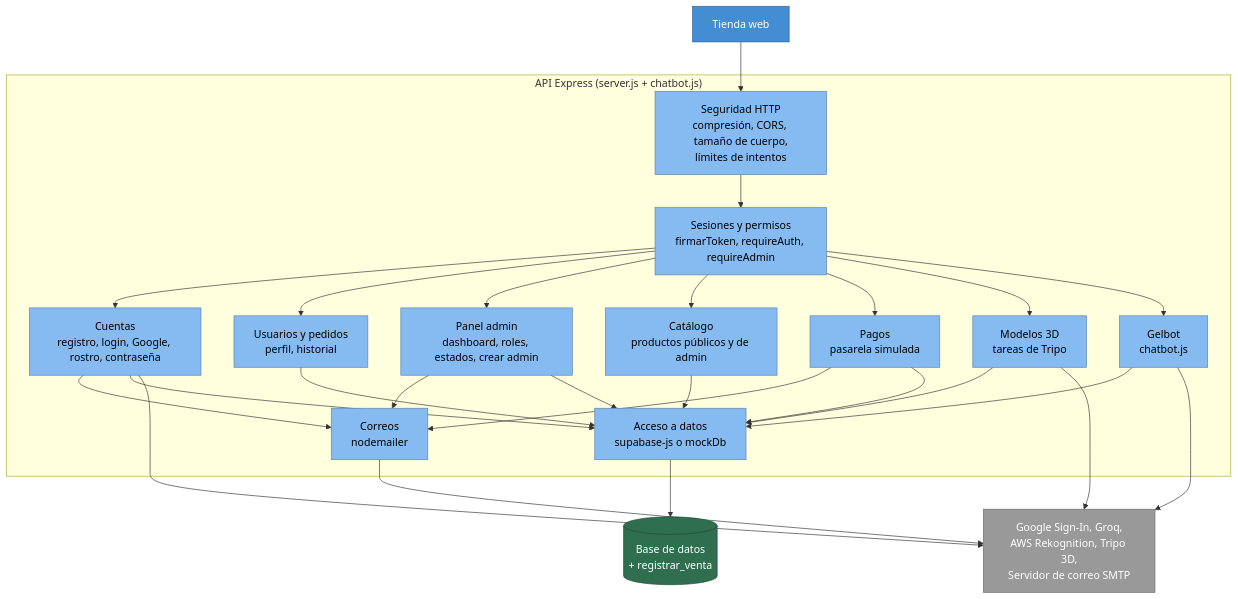
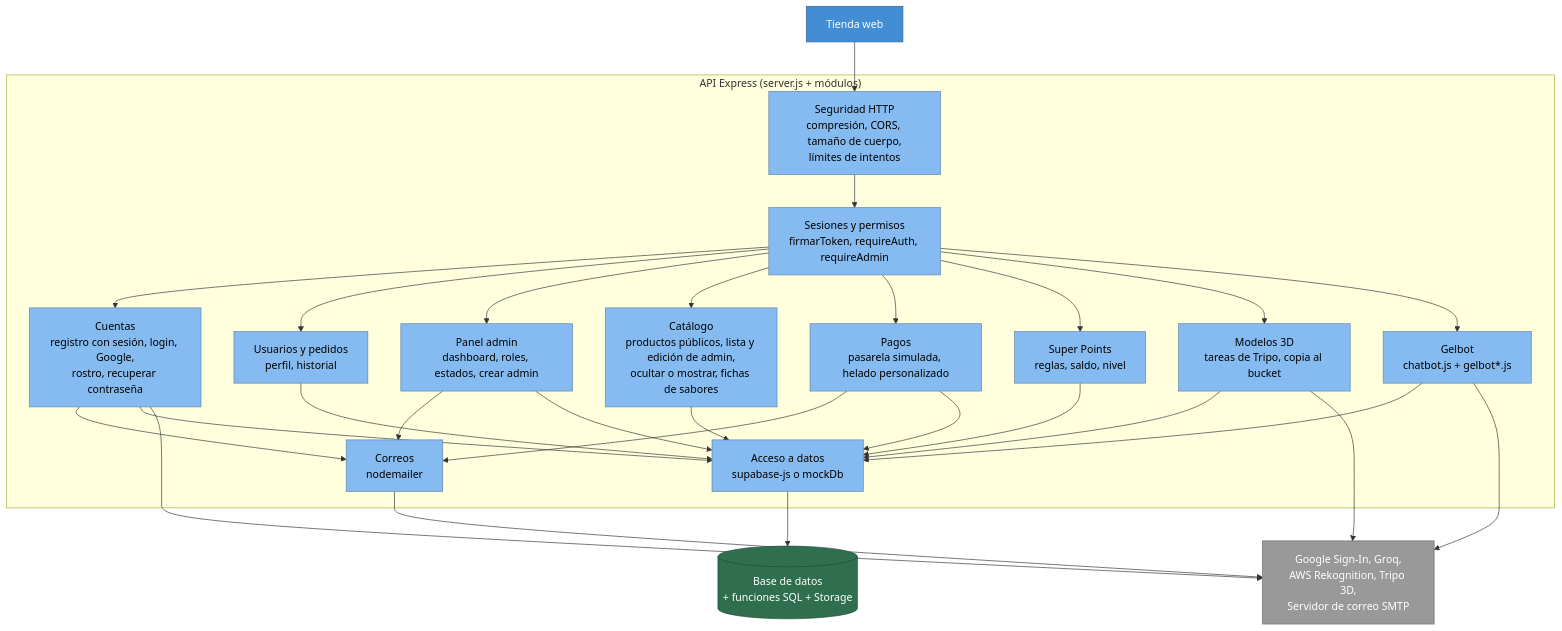
Before and after one commit to cristian-0023/SUPER-GELATTO: the diagram in docs/arquitectura/04-componentes-backend.md, drawn with Mermaid. The commit also changed other lines of this file and 2 other files, not shown here.

Commit message:
docs: componentes del servidor al día (módulos gelbot, 35 rutas, reglas compartidas, modelos 3D y Super Points)

````diff
--- a/docs/arquitectura/04-componentes-backend.md
+++ b/docs/arquitectura/04-componentes-backend.md
@@ -17,33 +36,34 @@
 ```mermaid
 flowchart TB
   classDef contenedor fill:#438dd5,stroke:#2e6295,color:#fff
   classDef componente fill:#85bbf0,stroke:#5d82a8,color:#000
   classDef datos fill:#2f6f4f,stroke:#1f4a35,color:#fff
   classDef externo fill:#999999,stroke:#6b6b6b,color:#fff
 
   W["Tienda web"]:::contenedor
 
-  subgraph API["API Express (server.js + chatbot.js)"]
+  subgraph API["API Express (server.js + módulos)"]
     SEC["Seguridad HTTP<br/>compresión, CORS, tamaño de cuerpo,<br/>límites de intentos"]:::componente
     SES["Sesiones y permisos<br/>firmarToken, requireAuth, requireAdmin"]:::componente
-    CUE["Cuentas<br/>registro, login, Google, rostro, contraseña"]:::componente
+    CUE["Cuentas<br/>registro con sesión, login, Google,<br/>rostro, recuperar contraseña"]:::componente
     USU["Usuarios y pedidos<br/>perfil, historial"]:::componente
     PAN["Panel admin<br/>dashboard, roles, estados, crear admin"]:::componente
-    CAT["Catálogo<br/>productos públicos y de admin"]:::componente
-    PAG["Pagos<br/>pasarela simulada"]:::componente
-    M3D["Modelos 3D<br/>tareas de Tripo"]:::componente
+    CAT["Catálogo<br/>productos públicos, lista y edición de admin,<br/>ocultar o mostrar, fichas de sabores"]:::componente
+    PAG["Pagos<br/>pasarela simulada, helado personalizado"]:::componente
+    PTS["Super Points<br/>reglas, saldo, nivel"]:::componente
+    M3D["Modelos 3D<br/>tareas de Tripo, copia al bucket"]:::componente
     COR["Correos<br/>nodemailer"]:::componente
-    GB["Gelbot<br/>chatbot.js"]:::componente
+    GB["Gelbot<br/>chatbot.js + gelbot*.js"]:::componente
     DAT["Acceso a datos<br/>supabase-js o mockDb"]:::componente
   end
 
-  DB[("Base de datos<br/>+ registrar_venta")]:::datos
+  DB[("Base de datos<br/>+ funciones SQL + Storage")]:::datos
   EXT["Google Sign-In, Groq,<br/>AWS Rekognition, Tripo 3D,<br/>Servidor de correo SMTP"]:::externo
 
   W --> SEC --> SES
-  SES --> CUE & USU & PAN & CAT & PAG & M3D & GB
+  SES --> CUE & USU & PAN & CAT & PAG & PTS & M3D & GB
   CUE & PAN & PAG --> COR
-  CUE & USU & PAN & CAT & PAG & M3D & GB --> DAT
+  CUE & USU & PAN & CAT & PAG & PTS & M3D & GB --> DAT
   DAT --> DB
   CUE & M3D & COR & GB --> EXT
 ```
````
